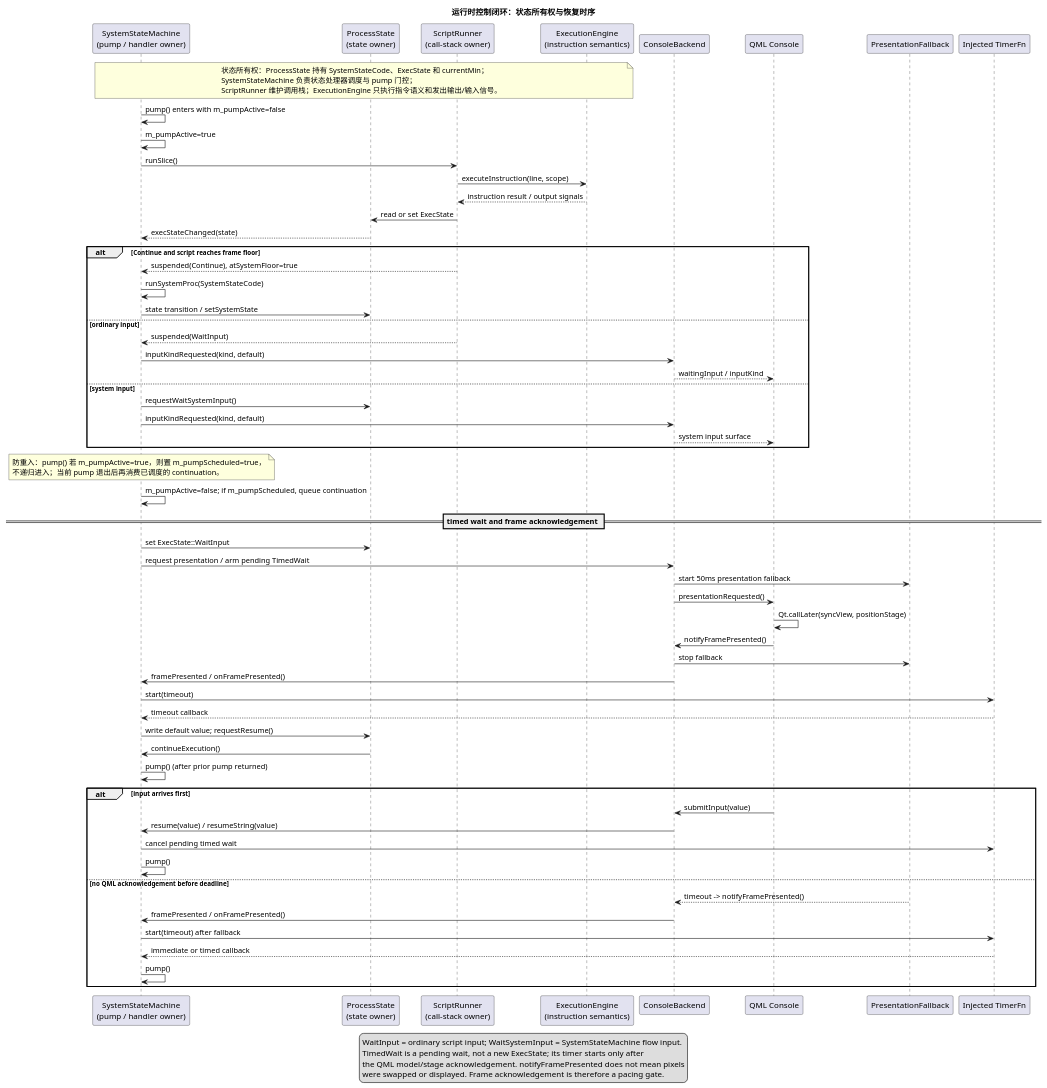
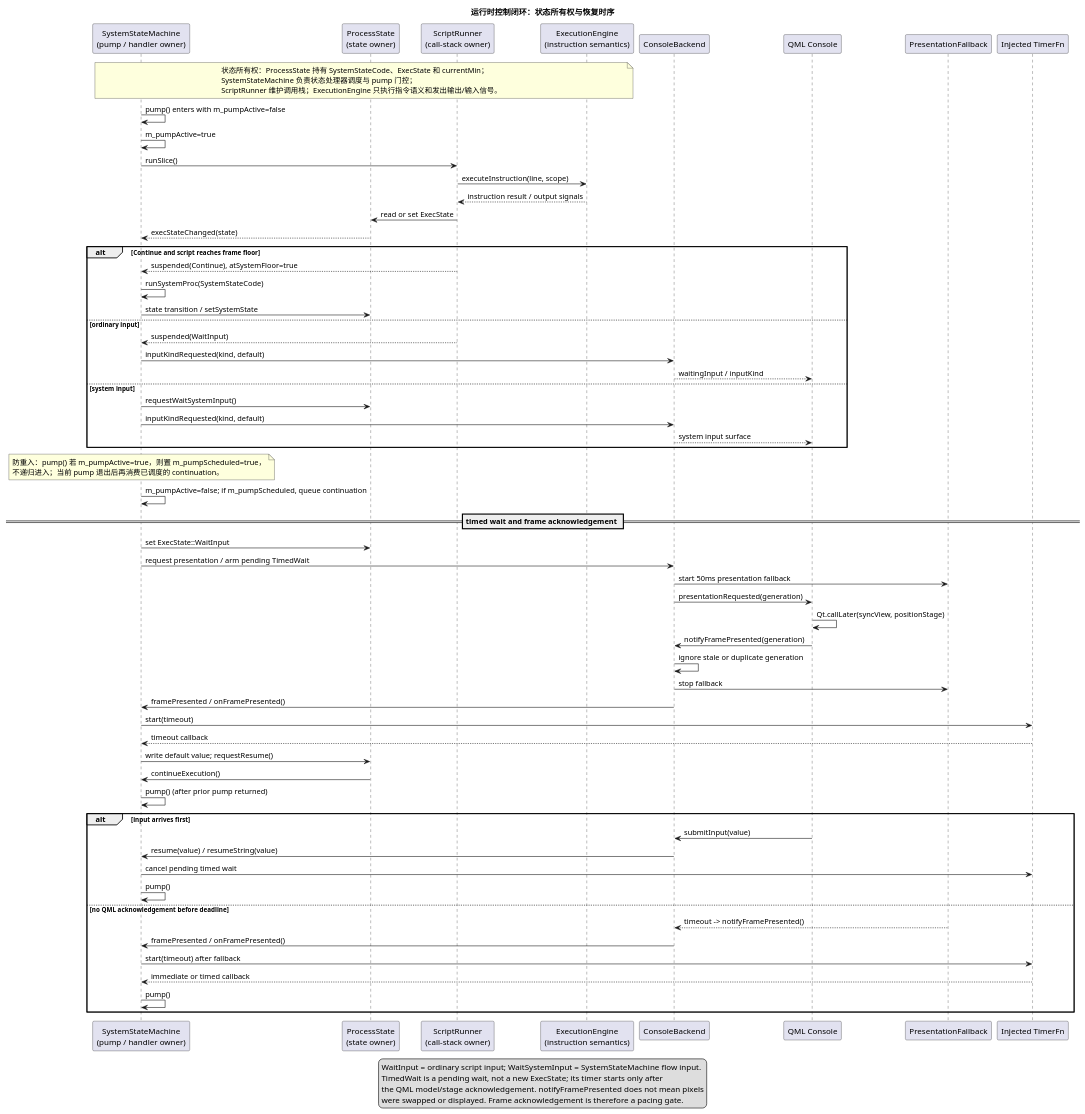
One commit to yigekuyou/qt-eraemu changed the diagram in docs/uml/13-runtime-control-loop.puml. Above: the diagram before and after it, drawn with PlantUML. The commit also changed 7 other files, not shown here.

```diff
--- a/docs/uml/13-runtime-control-loop.puml
+++ b/docs/uml/13-runtime-control-loop.puml
@@ -1,86 +1,87 @@
 @startuml 13-runtime-control-loop
 !pragma layout smetana
 ' 运行时控制闭环：状态所有权、pump 防重入、输入等待和帧确认。
 ' 来源：GameProc/system_state_machine.h, process_state.h, script_runner.h,
 '       execution_engine.h, GameView/console_backend.h, qml/Console.qml
 
 title 运行时控制闭环：状态所有权与恢复时序
 
 participant "SystemStateMachine\n(pump / handler owner)" as SSM
 participant "ProcessState\n(state owner)" as PS
 participant "ScriptRunner\n(call-stack owner)" as SR
 participant "ExecutionEngine\n(instruction semantics)" as EE
 participant "ConsoleBackend" as CB
 participant "QML Console" as QML
 participant "PresentationFallback" as Fallback
 participant "Injected TimerFn" as Timer
 
 note over SSM,EE
   状态所有权：ProcessState 持有 SystemStateCode、ExecState 和 currentMin；
   SystemStateMachine 负责状态处理器调度与 pump 门控；
   ScriptRunner 维护调用栈；ExecutionEngine 只执行指令语义和发出输出/输入信号。
 end note
 
 SSM -> SSM : pump() enters with m_pumpActive=false
 SSM -> SSM : m_pumpActive=true
 SSM -> SR : runSlice()
 SR -> EE : executeInstruction(line, scope)
 EE --> SR : instruction result / output signals
 SR -> PS : read or set ExecState
 PS --> SSM : execStateChanged(state)
 
 alt Continue and script reaches frame floor
   SR --> SSM : suspended(Continue), atSystemFloor=true
   SSM -> SSM : runSystemProc(SystemStateCode)
   SSM -> PS : state transition / setSystemState
 else ordinary input
   SR --> SSM : suspended(WaitInput)
   SSM -> CB : inputKindRequested(kind, default)
   CB --> QML : waitingInput / inputKind
 else system input
   SSM -> PS : requestWaitSystemInput()
   SSM -> CB : inputKindRequested(kind, default)
   CB --> QML : system input surface
 end
 
 note over SSM
   防重入：pump() 若 m_pumpActive=true，则置 m_pumpScheduled=true，
   不递归进入；当前 pump 退出后再消费已调度的 continuation。
 end note
 SSM -> SSM : m_pumpActive=false; if m_pumpScheduled, queue continuation
 
 == timed wait and frame acknowledgement ==
 SSM -> PS : set ExecState::WaitInput
 SSM -> CB : request presentation / arm pending TimedWait
 CB -> Fallback : start 50ms presentation fallback
-CB -> QML : presentationRequested()
+CB -> QML : presentationRequested(generation)
 QML -> QML : Qt.callLater(syncView, positionStage)
-QML -> CB : notifyFramePresented()
+QML -> CB : notifyFramePresented(generation)
+CB -> CB : ignore stale or duplicate generation
 CB -> Fallback : stop fallback
 CB -> SSM : framePresented / onFramePresented()
 SSM -> Timer : start(timeout)
 Timer --> SSM : timeout callback
 SSM -> PS : write default value; requestResume()
 PS -> SSM : continueExecution()
 SSM -> SSM : pump() (after prior pump returned)
 
 alt input arrives first
   QML -> CB : submitInput(value)
   CB -> SSM : resume(value) / resumeString(value)
   SSM -> Timer : cancel pending timed wait
   SSM -> SSM : pump()
 else no QML acknowledgement before deadline
   Fallback --> CB : timeout -> notifyFramePresented()
   CB -> SSM : framePresented / onFramePresented()
   SSM -> Timer : start(timeout) after fallback
   Timer --> SSM : immediate or timed callback
   SSM -> SSM : pump()
 end
 
 legend bottom
   WaitInput = ordinary script input; WaitSystemInput = SystemStateMachine flow input.
   TimedWait is a pending wait, not a new ExecState; its timer starts only after
   the QML model/stage acknowledgement. notifyFramePresented does not mean pixels
   were swapped or displayed. Frame acknowledgement is therefore a pacing gate.
 endlegend
 @enduml
```
